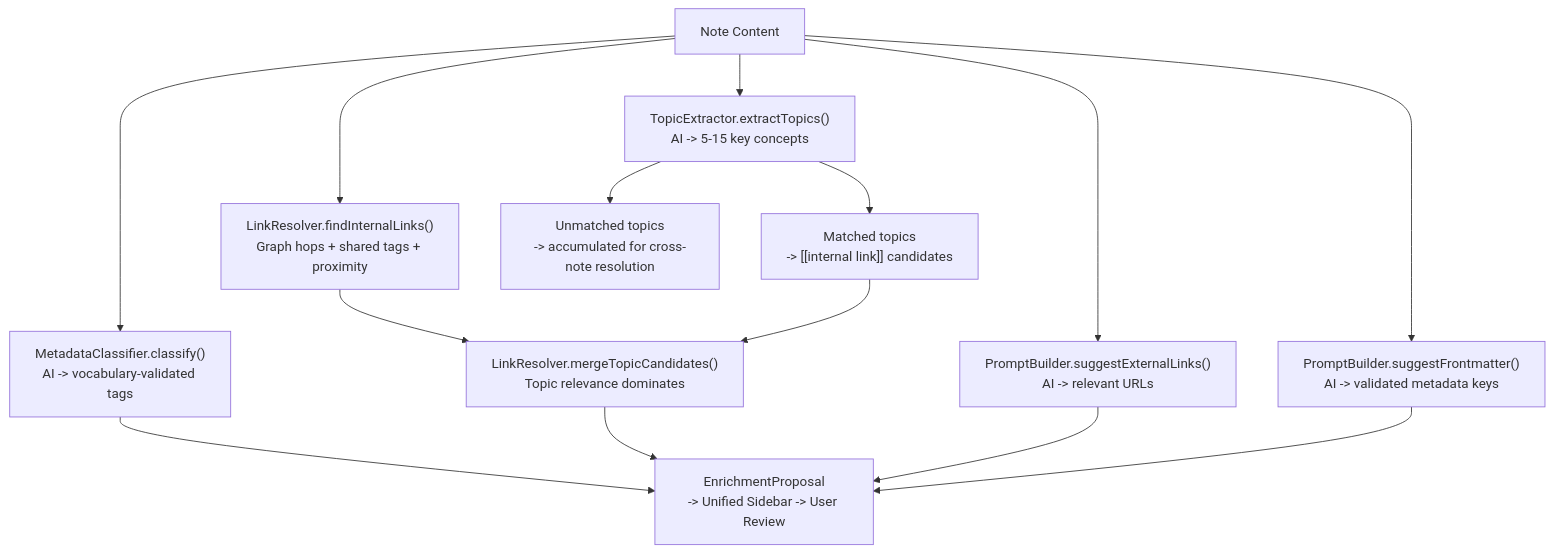
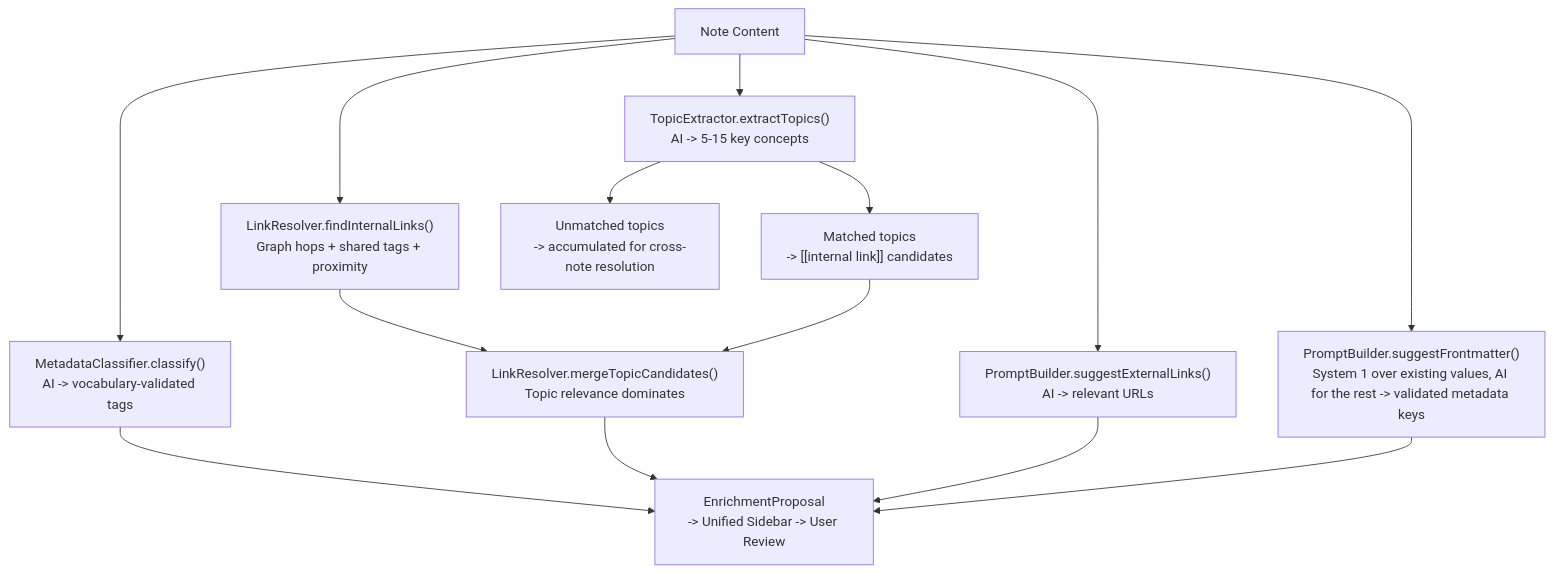
One commit to dustinkeeton/obsidian-synapse changed diagram 11 of 13 in ARCHITECTURE.md. Above: the diagram before and after it, drawn with Mermaid. The commit also changed other lines of this file and 8 other files, not shown here.

First line of the commit message:
feat: route frontmatter suggestions through the System 1 lane

````diff
--- a/ARCHITECTURE.md
+++ b/ARCHITECTURE.md
@@ -950,16 +950,16 @@
 ```mermaid
 graph TB
     Note["Note Content"] --> MC["MetadataClassifier.classify()<br/>AI -> vocabulary-validated tags"]
     Note --> TE["TopicExtractor.extractTopics()<br/>AI -> 5-15 key concepts"]
     Note --> LR["LinkResolver.findInternalLinks()<br/>Graph hops + shared tags + proximity"]
     Note --> PB1["PromptBuilder.suggestExternalLinks()<br/>AI -> relevant URLs"]
-    Note --> PB2["PromptBuilder.suggestFrontmatter()<br/>AI -> validated metadata keys"]
+    Note --> PB2["PromptBuilder.suggestFrontmatter()<br/>System 1 over existing values, AI for the rest -> validated metadata keys"]
 
     TE --> Matched["Matched topics<br/>-> [[internal link]] candidates"]
     TE --> Unmatched["Unmatched topics<br/>-> accumulated for cross-note resolution"]
 
     LR --> Merge["LinkResolver.mergeTopicCandidates()<br/>Topic relevance dominates"]
     Matched --> Merge
 
     MC & Merge & PB1 & PB2 --> Proposal["EnrichmentProposal<br/>-> Unified Sidebar -> User Review"]
 ```
````
